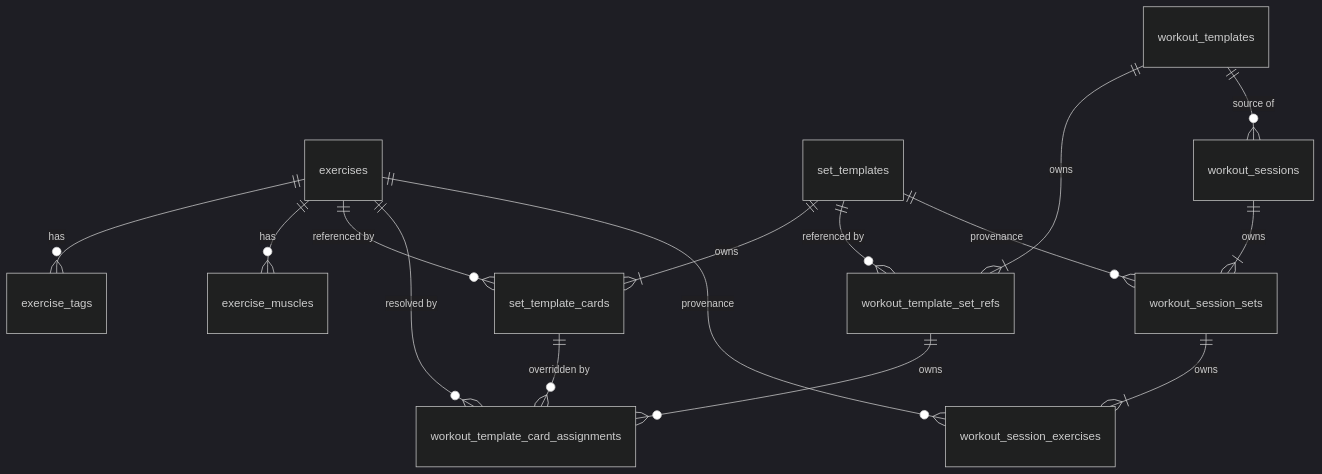
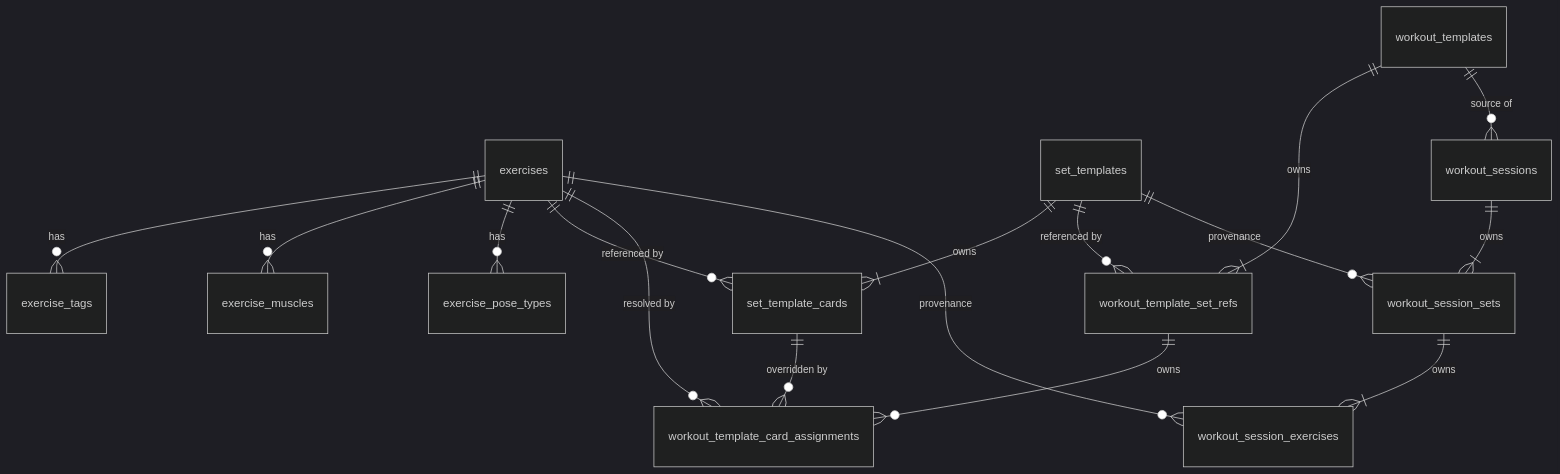
One commit to Dzejrou/dzerkout changed the diagram in PERSISTENCE.md. Above: the diagram before and after it, drawn with Mermaid (dark theme). The commit also changed other lines of this file and 3 other files, not shown here.

````diff
--- a/PERSISTENCE.md
+++ b/PERSISTENCE.md
@@ -14,17 +14,18 @@
 ```mermaid
 erDiagram
     exercises ||--o{ exercise_tags              : "has"
     exercises ||--o{ exercise_muscles           : "has"
+    exercises ||--o{ exercise_pose_types        : "has"
     exercises ||--o{ set_template_cards         : "referenced by"
     set_templates ||--|{ set_template_cards      : "owns"
     set_templates ||--o{ workout_template_set_refs : "referenced by"
     workout_templates ||--|{ workout_template_set_refs : "owns"
     workout_template_set_refs ||--o{ workout_template_card_assignments : "owns"
     set_template_cards ||--o{ workout_template_card_assignments : "overridden by"
     exercises ||--o{ workout_template_card_assignments : "resolved by"
     workout_templates ||--o{ workout_sessions   : "source of"
     workout_sessions ||--|{ workout_session_sets : "owns"
     set_templates ||--o{ workout_session_sets   : "provenance"
     workout_session_sets ||--|{ workout_session_exercises : "owns"
     exercises ||--o{ workout_session_exercises  : "provenance"
 ```
````
